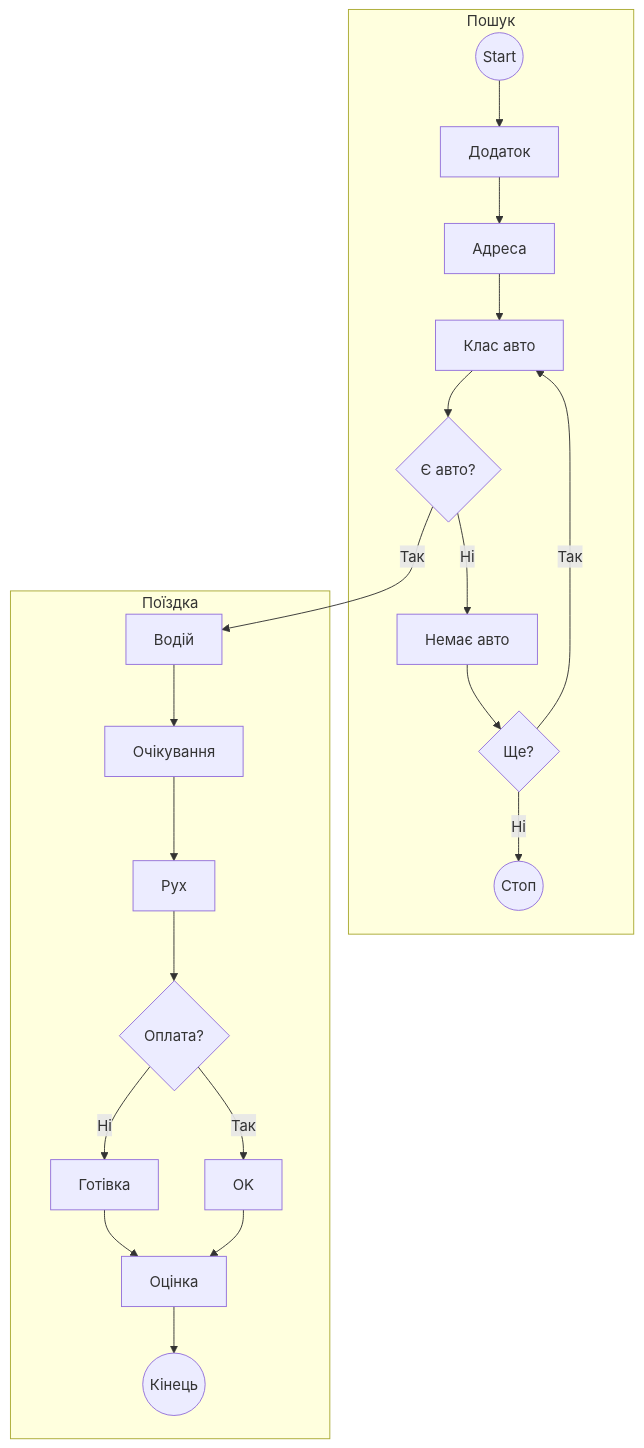
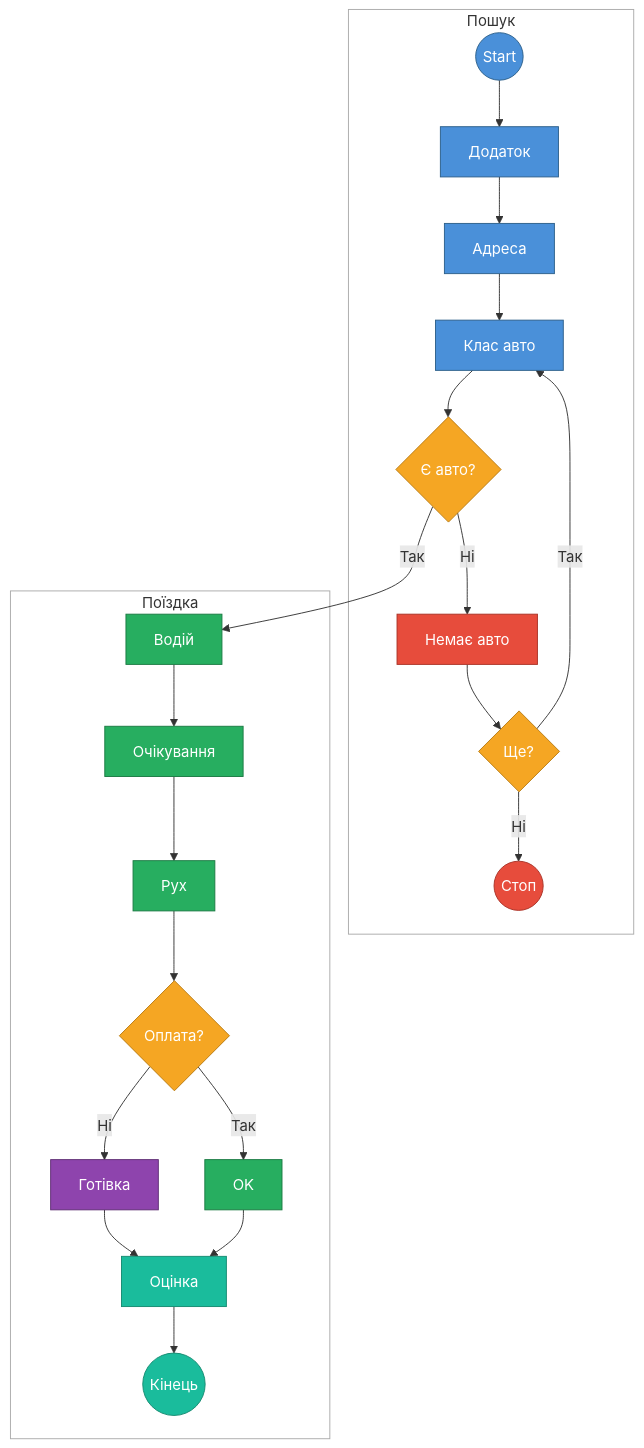
One commit to Leg1on233/pz-UML changed the first of 3 diagrams in diagram.md. Above: the diagram before and after it, drawn with Mermaid. The commit also changed other lines of this file, not shown here.

````diff
--- a/diagram.md
+++ b/diagram.md
@@ -7,28 +4,42 @@
 ```mermaid
-   flowchart TD
+flowchart TD
+    classDef blue fill:#4A90D9,stroke:#2C5F8A,color:#fff
+    classDef orange fill:#F5A623,stroke:#B87A10,color:#fff
+    classDef red fill:#E74C3C,stroke:#A93226,color:#fff
+    classDef green fill:#27AE60,stroke:#1A7A42,color:#fff
+    classDef purple fill:#8E44AD,stroke:#5E2D73,color:#fff
+    classDef teal fill:#1ABC9C,stroke:#148A70,color:#fff
+
     subgraph Пошук
         Start((Start)) --> App[Додаток]
         App --> Dest[Адреса]
         Dest --> Type[Клас авто]
         Type --> Check{Є авто?}
-        
         Check -- Ні --> Fail[Немає авто]
         Fail --> Retry{Ще?}
         Retry -- Так --> Type
         Retry -- Ні --> Stop((Стоп))
     end
 
     subgraph Поїздка
         Check -- Так --> Found[Водій]
         Found --> Wait[Очікування]
         Wait --> Ride[Рух]
         Ride --> Pay{Оплата?}
-        
         Pay -- Ні --> Cash[Готівка]
         Pay -- Так --> OK[OK]
-        
         Cash --> Rate[Оцінка]
         OK --> Rate
         Rate --> End((Кінець))
     end
+
+    class Start,App,Dest,Type blue
+    class Check,Retry,Pay orange
+    class Fail,Stop red
+    class Found,Wait,Ride,OK green
+    class Cash purple
+    class Rate,End teal
+
+    style Пошук fill:none,stroke:#aaa
+    style Поїздка fill:none,stroke:#aaa
 ```
````
